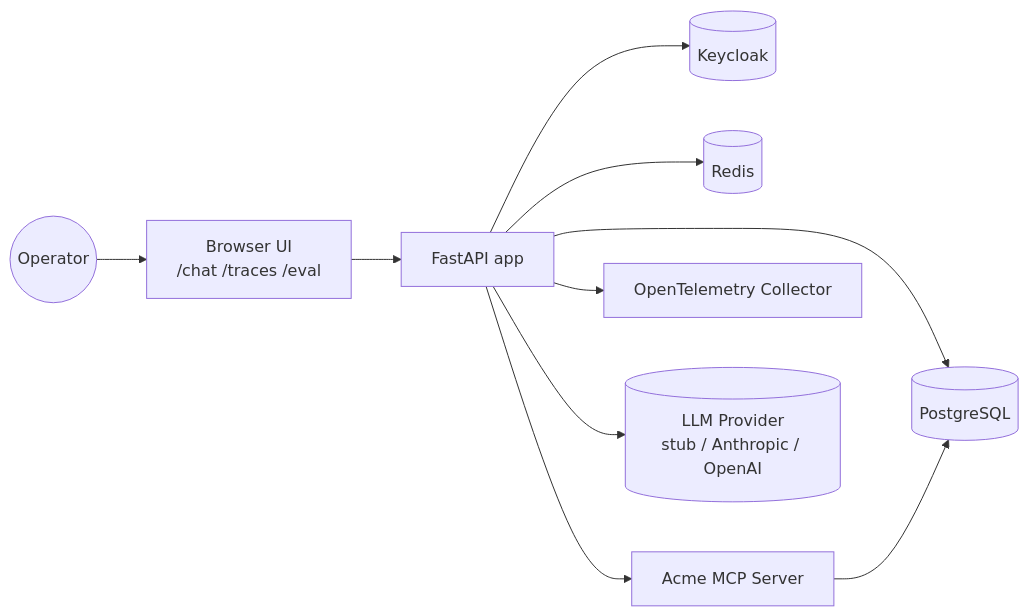
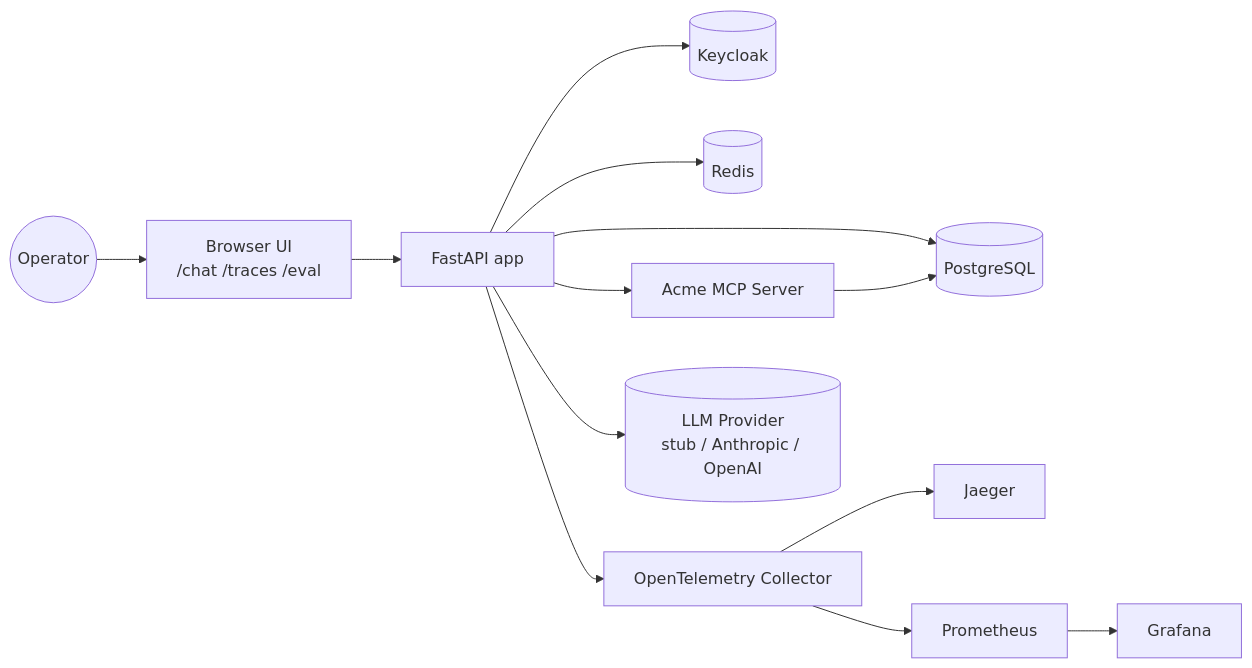
The first of 6 diagrams in ARCHITECTURE.md (kvcom/ACME), drawn with Mermaid before and after one commit. The commit also changed other lines of this file and 20 other files, not shown here.

Commit message:
Add Jaeger, Prometheus, and Grafana for operational OTel observability.

````diff
--- a/ARCHITECTURE.md
+++ b/ARCHITECTURE.md
@@ -5,12 +5,15 @@
 ```mermaid
 flowchart LR
     User((Operator)) --> UI[Browser UI<br/>/chat /traces /eval]
     UI --> App[FastAPI app]
     App --> KC[(Keycloak)]
     App --> Postgres[(PostgreSQL)]
     App --> Redis[(Redis)]
     App --> MCP[Acme MCP Server]
     MCP --> Postgres
     App --> OTel[OpenTelemetry Collector]
+    OTel --> Jaeger[Jaeger]
+    OTel --> Prom[Prometheus]
+    Prom --> Grafana[Grafana]
     App --> LLM[(LLM Provider<br/>stub / Anthropic / OpenAI)]
 ```
````
